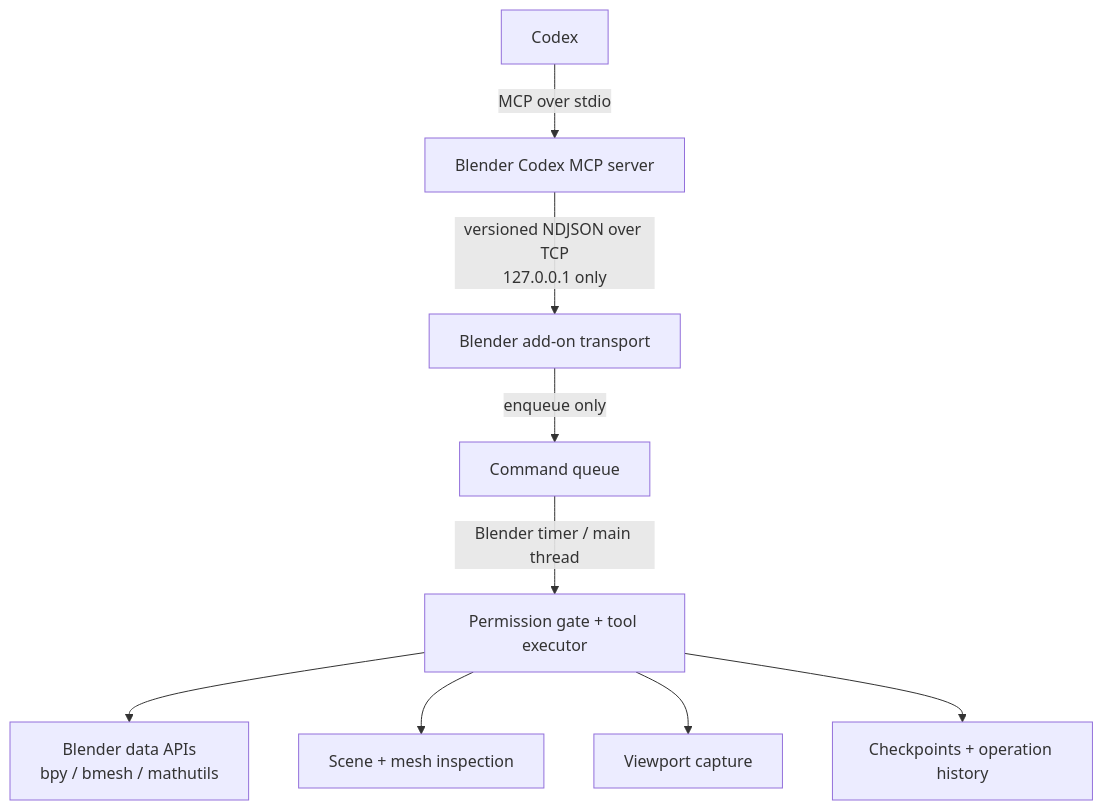
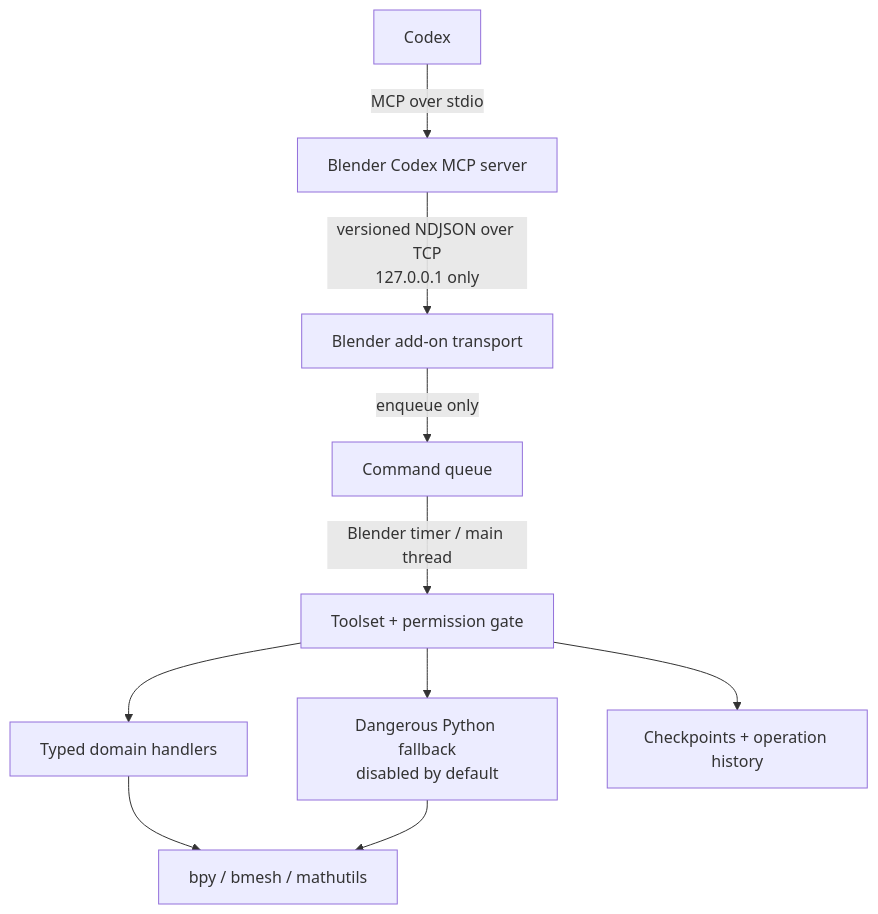
One commit to Yoruiopz/Codex-Blender-Bridge changed the diagram in README.md. Above: the diagram before and after it, drawn with Mermaid. The commit also changed other lines of this file and 68 other files, not shown here.

````diff
--- a/README.md
+++ b/README.md
@@ -26,11 +38,12 @@
 ```mermaid
 flowchart TD
     C["Codex"] -->|"MCP over stdio"| M["Blender Codex MCP server"]
     M -->|"versioned NDJSON over TCP\n127.0.0.1 only"| T["Blender add-on transport"]
     T -->|"enqueue only"| Q["Command queue"]
-    Q -->|"Blender timer / main thread"| E["Permission gate + tool executor"]
-    E --> B["Blender data APIs\nbpy / bmesh / mathutils"]
-    E --> I["Scene + mesh inspection"]
-    E --> V["Viewport capture"]
-    E --> U["Checkpoints + operation history"]
+    Q -->|"Blender timer / main thread"| E["Toolset + permission gate"]
+    E --> S["Typed domain handlers"]
+    E --> P["Dangerous Python fallback\ndisabled by default"]
+    S --> B["bpy / bmesh / mathutils"]
+    P --> B
+    E --> H["Checkpoints + operation history"]
 ```
````
